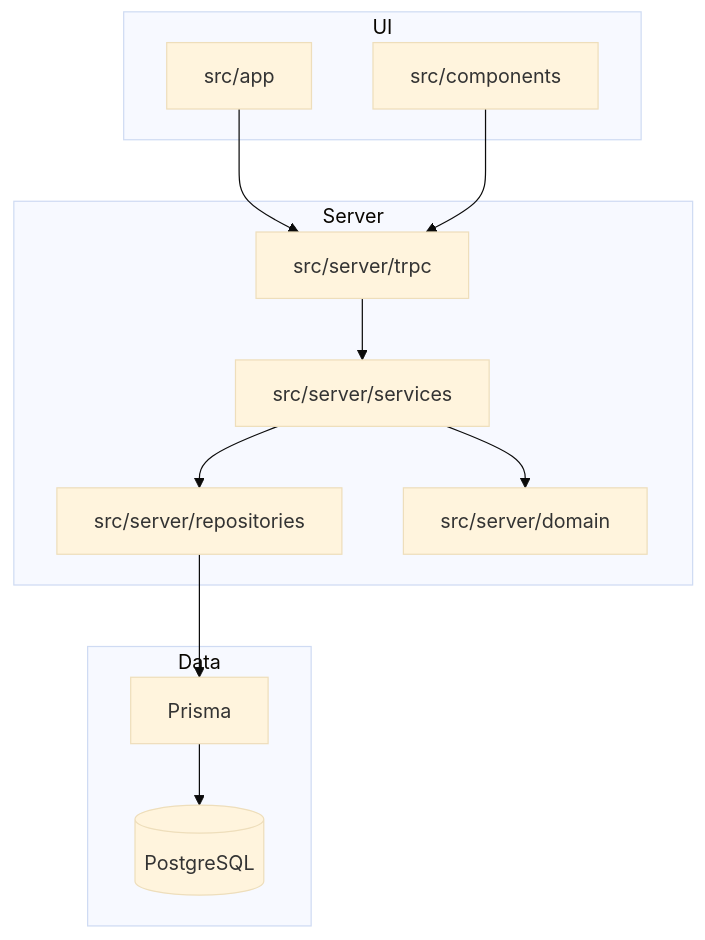
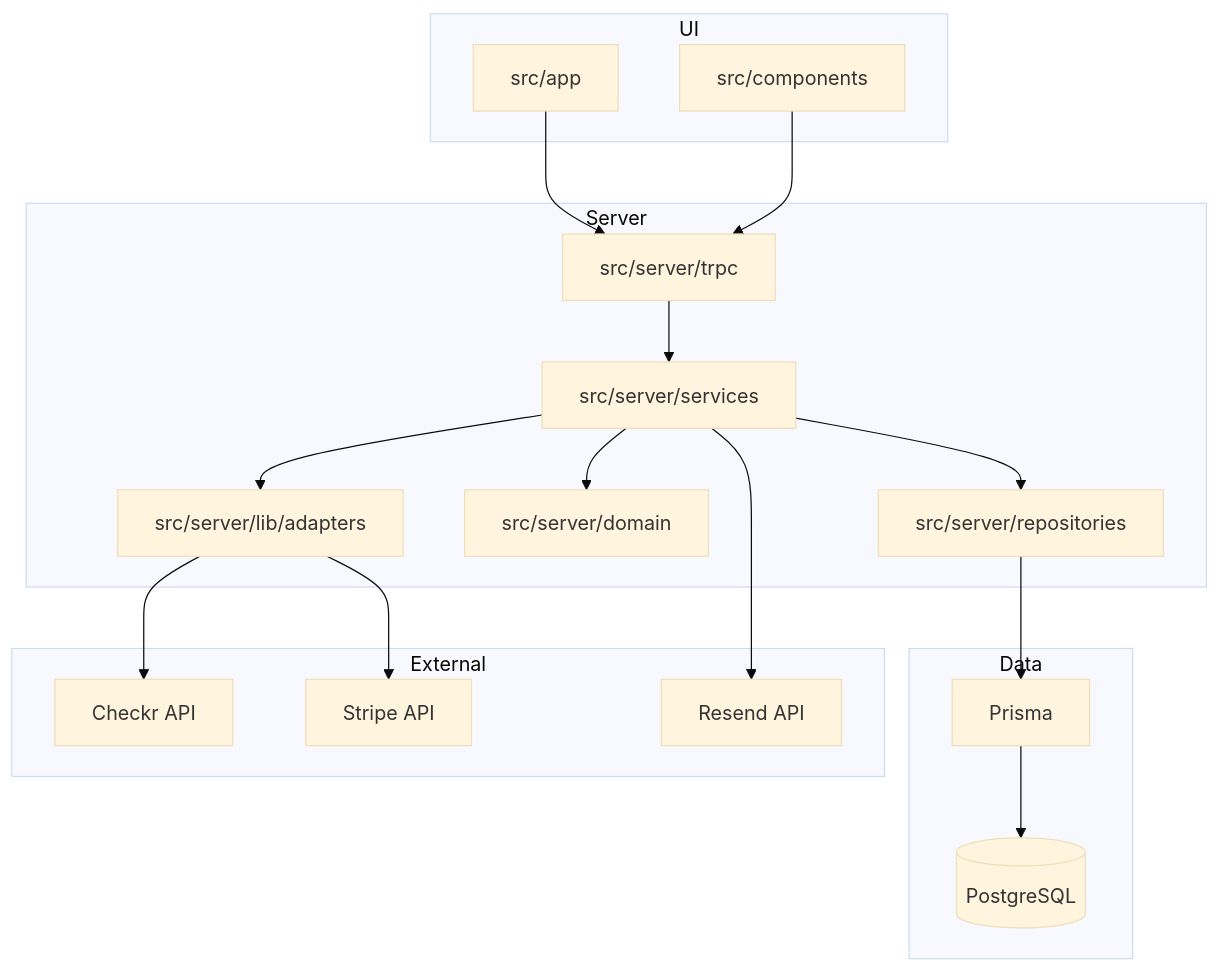
One commit to thehashrocket/volunteerready.org changed the third of 11 diagrams in docs/SYSTEM_DIAGRAM.md. Above: the diagram before and after it, drawn with Mermaid (base theme). The commit also changed other lines of this file and 5 other files, not shown here.

First line of the commit message:
docs: sync project documentation with current architecture and domain model

````diff
--- a/docs/SYSTEM_DIAGRAM.md
+++ b/docs/SYSTEM_DIAGRAM.md
@@ -71,27 +82,38 @@
 ```mermaid
 flowchart TB
     subgraph UI
         A[src/app]
         B[src/components]
     end
 
     subgraph Server
         C[src/server/trpc]
         D[src/server/services]
         E[src/server/repositories]
         F[src/server/domain]
+        L[src/server/lib/adapters]
     end
 
     subgraph Data
         G[Prisma]
         H[(PostgreSQL)]
     end
 
+    subgraph External
+        I[Checkr API]
+        J[Stripe API]
+        K[Resend API]
+    end
+
     A --> C
     B --> C
     C --> D
     D --> E
     D --> F
+    D --> L
     E --> G
     G --> H
+    L --> I
+    L --> J
+    D --> K
 ```
````
